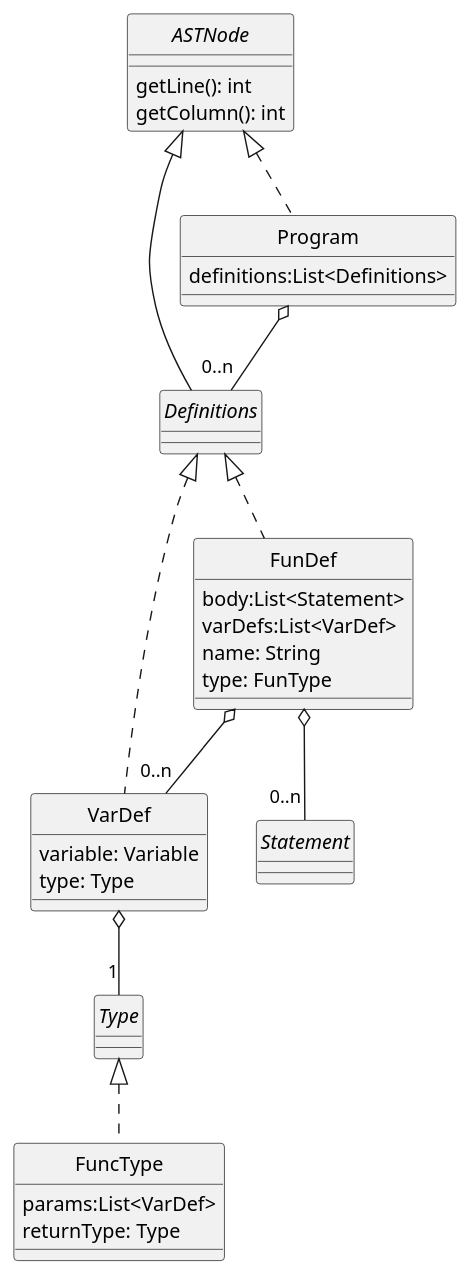
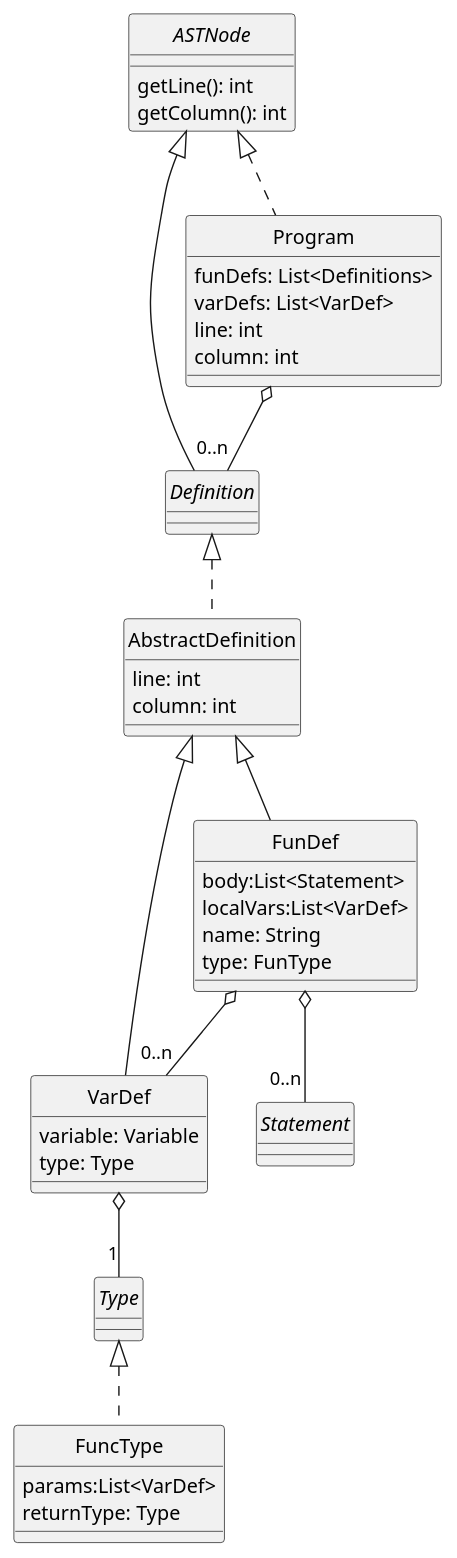
Before and after one commit to uo277516/dlp-compiler: the diagram in docs/diagrams/program.plantuml, drawn with PlantUML. The commit also changed 38 other files, not shown here.

Commit message:
Diagramas actualizados

```diff
--- a/docs/diagrams/program.plantuml
+++ b/docs/diagrams/program.plantuml
@@ -1,54 +1,65 @@
 @startuml Program
 skinparam style strictuml
 skinparam monochrome true
 
 
 interface ASTNode {
     getLine(): int
     getColumn(): int
 }
 
+class AbstractDefinition {
+    line: int
+    column: int
+}
+
+
 interface Statement
-interface Definitions
+interface Definition
+
+Definition <|.. AbstractDefinition
+
 class VarDef {
     variable: Variable
     type: Type
 }
 
 class FunDef {
     body:List<Statement>
-    varDefs:List<VarDef>
+    localVars:List<VarDef>
     name: String
     type: FunType
 }
 
 class FuncType {
     params:List<VarDef>
     returnType: Type
 }
 
 
 FunDef o-- "0..n" Statement
 Type <|.. FuncType
 
 interface Type
 
 
 
 class Program {
-    definitions:List<Definitions>
-
+    funDefs: List<Definitions>
+    varDefs: List<VarDef>
+    line: int
+    column: int
 }
 
 ASTNode <|.. Program
-Program  o-- "0..n" Definitions
-ASTNode <|-- Definitions
+Program  o-- "0..n" Definition
+ASTNode <|-- Definition
 
-Definitions <|.. VarDef
-Definitions <|.. FunDef
+AbstractDefinition <|-- VarDef
+AbstractDefinition <|-- FunDef
 FunDef o-- "0..n" VarDef
 VarDef o-- "1" Type
 
 
 
 @enduml
```
